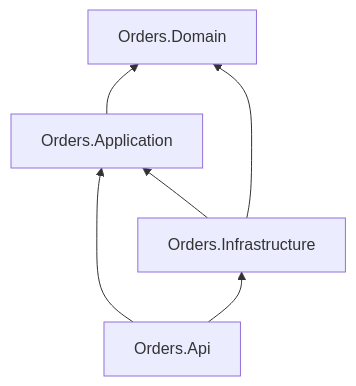
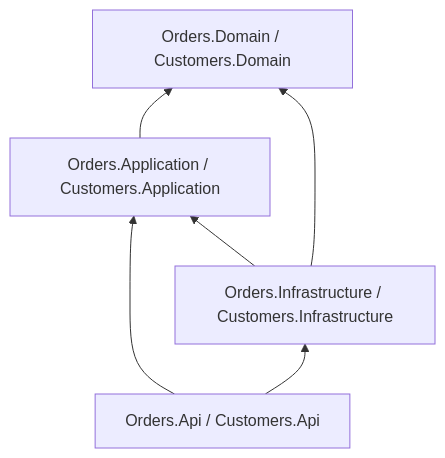
Before and after one commit to WillianZanutoOliveira/api-dotnet: the second of 2 diagrams in docs/architecture.md, drawn with Mermaid. The commit also changed other lines of this file and 63 other files, not shown here.

````diff
--- a/docs/architecture.md
+++ b/docs/architecture.md
@@ -146,13 +160,13 @@
 ```mermaid
 flowchart BT
-    Domain[Orders.Domain]
-    Application[Orders.Application]
-    Infrastructure[Orders.Infrastructure]
-    Api[Orders.Api]
+    Domain[Orders.Domain / Customers.Domain]
+    Application[Orders.Application / Customers.Application]
+    Infrastructure[Orders.Infrastructure / Customers.Infrastructure]
+    Api[Orders.Api / Customers.Api]
 
     Application --> Domain
     Infrastructure --> Application
     Infrastructure --> Domain
     Api --> Application
     Api --> Infrastructure
 ```
````
